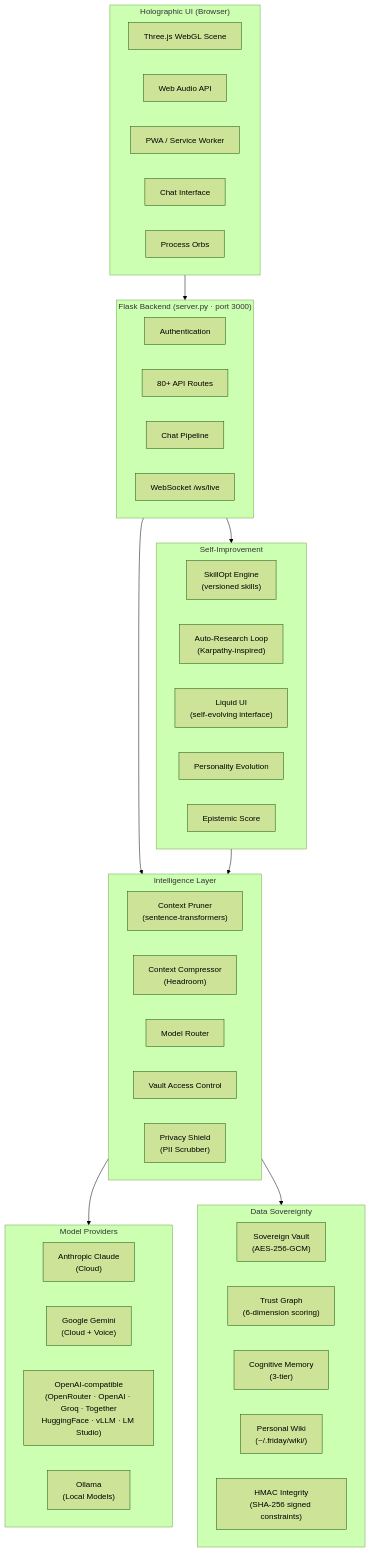
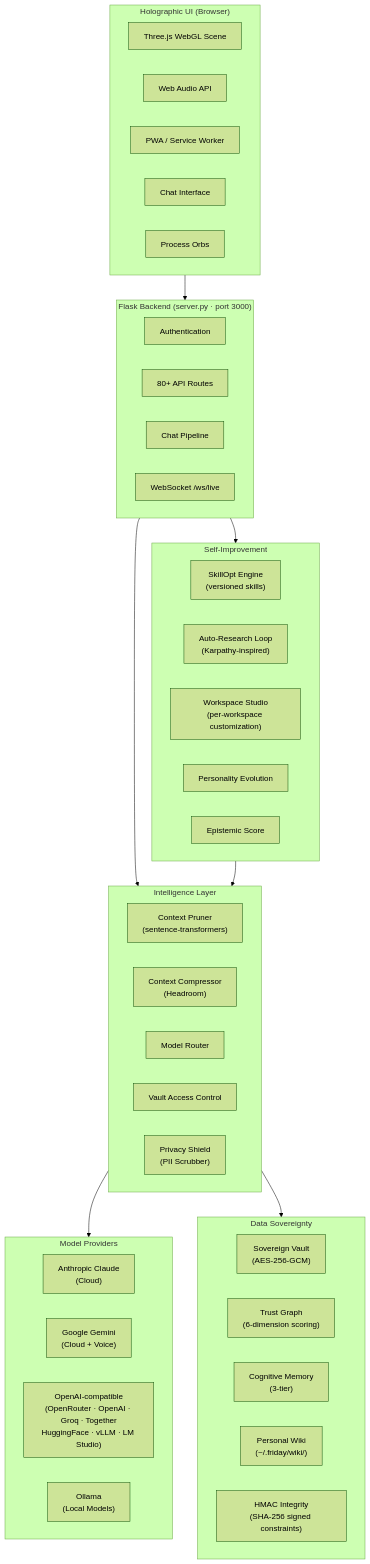
One commit to FutureSpeakAI/Agent-Friday changed the first of 8 diagrams in docs/architecture/overview.md. Above: the diagram before and after it, drawn with Mermaid (forest theme). The commit also changed other lines of this file and 20 other files, not shown here.

````diff
--- a/docs/architecture/overview.md
+++ b/docs/architecture/overview.md
@@ -9,55 +9,55 @@
 ```mermaid
 graph TB
     subgraph Frontend["Holographic UI (Browser)"]
         UI[Three.js WebGL Scene]
         Audio[Web Audio API]
         PWA[PWA / Service Worker]
         Chat[Chat Interface]
         Orbs[Process Orbs]
     end
 
     subgraph Server["Flask Backend (server.py · port 3000)"]
         Auth[Authentication]
         Routes[80+ API Routes]
         Pipeline[Chat Pipeline]
         WS["WebSocket /ws/live"]
     end
 
     subgraph Intelligence["Intelligence Layer"]
         Pruner["Context Pruner<br/>(sentence-transformers)"]
         Compressor["Context Compressor<br/>(Headroom)"]
         Router[Model Router]
         VaultGate[Vault Access Control]
         PII["Privacy Shield<br/>(PII Scrubber)"]
     end
 
     subgraph Providers["Model Providers"]
         Claude["Anthropic Claude<br/>(Cloud)"]
         Gemini["Google Gemini<br/>(Cloud + Voice)"]
         OAI["OpenAI-compatible<br/>(OpenRouter · OpenAI · Groq · Together<br/>HuggingFace · vLLM · LM Studio)"]
         Ollama["Ollama<br/>(Local Models)"]
     end
 
     subgraph Sovereignty["Data Sovereignty"]
         Vault["Sovereign Vault<br/>(AES-256-GCM)"]
         TrustGraph["Trust Graph<br/>(6-dimension scoring)"]
         Memory["Cognitive Memory<br/>(3-tier)"]
         Wiki["Personal Wiki<br/>(~/.friday/wiki/)"]
         HMAC["HMAC Integrity<br/>(SHA-256 signed constraints)"]
     end
 
     subgraph Evolution["Self-Improvement"]
         SkillOpt["SkillOpt Engine<br/>(versioned skills)"]
         AutoRes["Auto-Research Loop<br/>(Karpathy-inspired)"]
-        LiquidUI["Liquid UI<br/>(self-evolving interface)"]
+        Studio["Workspace Studio<br/>(per-workspace customization)"]
         Personality[Personality Evolution]
         Epistemic[Epistemic Score]
     end
 
     Frontend --> Server
     Server --> Intelligence
     Intelligence --> Providers
     Intelligence --> Sovereignty
     Server --> Evolution
     Evolution --> Intelligence
 ```
````
